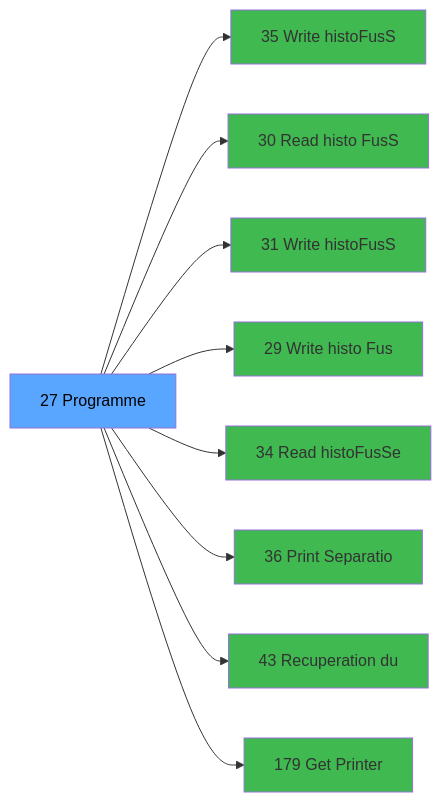
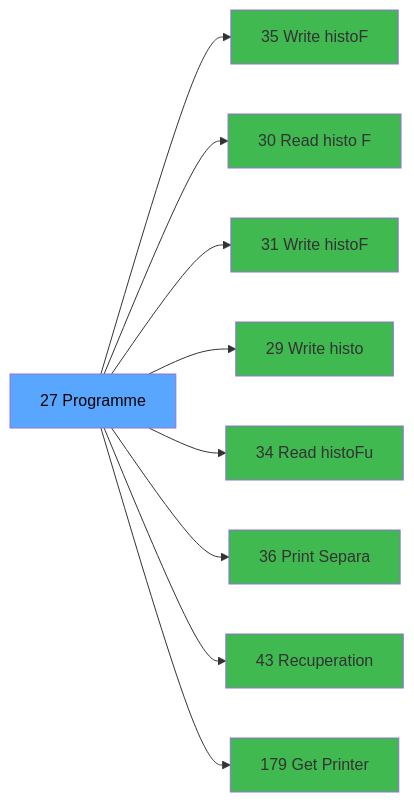
The third of 3 diagrams in .openspec/specs/ADH-IDE-27.md (thonyAGP/magic-migration), drawn with Mermaid before and after one commit. The commit also changed other lines of this file and 323 other files, not shown here.

````diff
--- a/.openspec/specs/ADH-IDE-27.md
+++ b/.openspec/specs/ADH-IDE-27.md
@@ -195,29 +227,29 @@
 ```mermaid
 graph LR
     T[27 Programme]
-    C35[35 Write histoFusS]
+    C35[35 Write histoF]
     T --> C35
-    C30[30 Read histo FusS]
+    C30[30 Read histo F]
     T --> C30
-    C31[31 Write histoFusS]
+    C31[31 Write histoF]
     T --> C31
-    C29[29 Write histo Fus]
+    C29[29 Write histo ]
     T --> C29
-    C34[34 Read histoFusSe]
+    C34[34 Read histoFu]
     T --> C34
-    C36[36 Print Separatio]
+    C36[36 Print Separa]
     T --> C36
-    C43[43 Recuperation du]
+    C43[43 Recuperation]
     T --> C43
     C179[179 Get Printer]
     T --> C179
     style T fill:#58a6ff,color:#000
     style C35 fill:#3fb950
     style C30 fill:#3fb950
     style C31 fill:#3fb950
     style C29 fill:#3fb950
     style C34 fill:#3fb950
     style C36 fill:#3fb950
     style C43 fill:#3fb950
     style C179 fill:#3fb950
 ```
````
